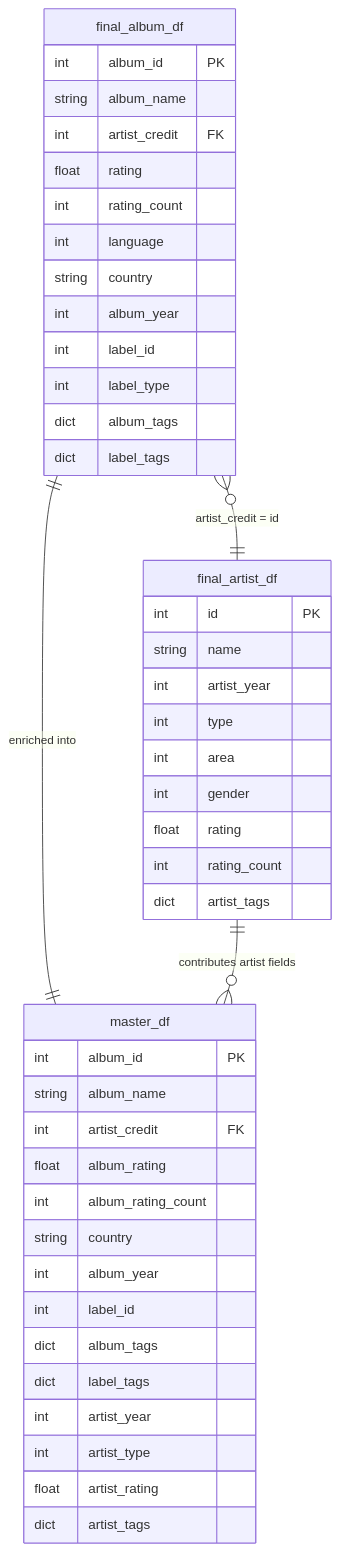
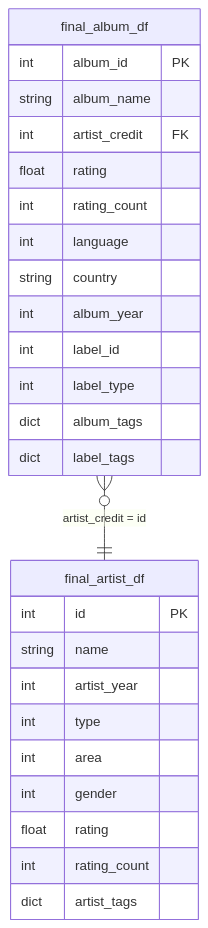
One commit to nmcf/mixtape changed the second of 2 diagrams in docs/02-datasets.md. Above: the diagram before and after it, drawn with Mermaid. The commit also changed other lines of this file and 2977 other files, not shown here.

First line of the commit message:
Major project restructure: 5-folder layout, improved docs, schema cleanup

````diff
--- a/docs/02-datasets.md
+++ b/docs/02-datasets.md
@@ -71,48 +58,30 @@
 ```mermaid
 erDiagram
     final_album_df {
         int album_id PK
         string album_name
         int artist_credit FK
         float rating
         int rating_count
         int language
         string country
         int album_year
         int label_id
         int label_type
         dict album_tags
         dict label_tags
     }
     final_artist_df {
         int id PK
         string name
         int artist_year
         int type
         int area
         int gender
         float rating
         int rating_count
         dict artist_tags
     }
-    master_df {
-        int album_id PK
-        string album_name
-        int artist_credit FK
-        float album_rating
-        int album_rating_count
-        string country
-        int album_year
-        int label_id
-        dict album_tags
-        dict label_tags
-        int artist_year
-        int artist_type
-        float artist_rating
-        dict artist_tags
-    }
 
     final_album_df }o--|| final_artist_df : "artist_credit = id"
-    final_album_df ||--|| master_df : "enriched into"
-    final_artist_df ||--o{ master_df : "contributes artist fields"
 ```
````
